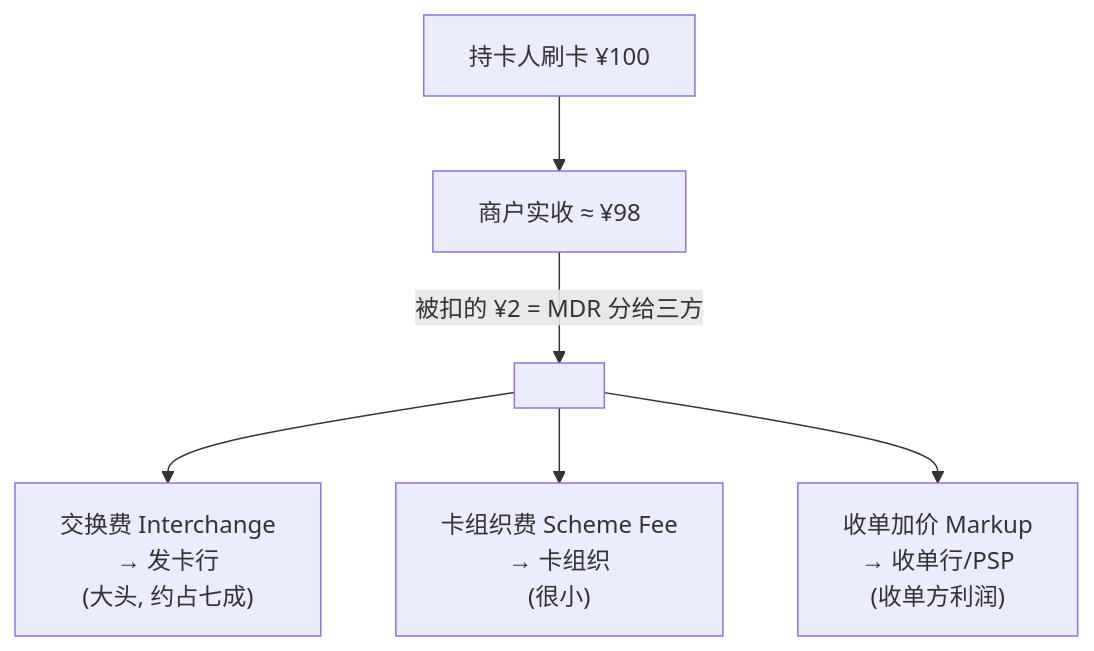
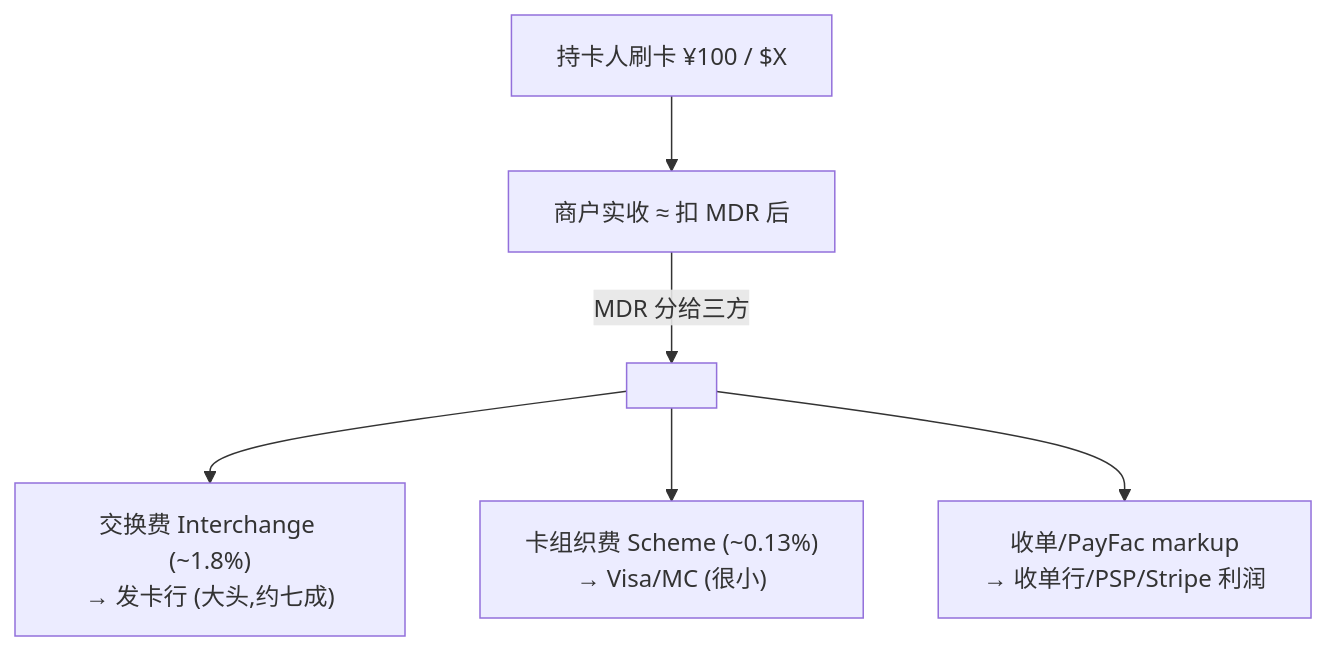
Diagram 11 of 14 in payment/traditional-payment/01-cards-business.md (loong-ju/tech-research), drawn with Mermaid before and after one commit. The commit also changed other lines of this file and 4 other files, not shown here.

````diff
--- a/payment/traditional-payment/01-cards-business.md
+++ b/payment/traditional-payment/01-cards-business.md
@@ -176,8 +321,8 @@
 ```mermaid
 flowchart TB
-    C["持卡人刷卡 ¥100"] --> M["商户实收 ≈ ¥98"]
-    M -->|被扣的 ¥2 = MDR 分给三方| SPLIT[" "]
-    SPLIT --> I["交换费 Interchange<br/>→ 发卡行<br/>(大头, 约占七成)"]
-    SPLIT --> S["卡组织费 Scheme Fee<br/>→ 卡组织<br/>(很小)"]
-    SPLIT --> A["收单加价 Markup<br/>→ 收单行/PSP<br/>(收单方利润)"]
+    C["持卡人刷卡 ¥100 / $X"] --> M["商户实收 ≈ 扣 MDR 后"]
+    M -->|MDR 分给三方| SPLIT[" "]
+    SPLIT --> I["交换费 Interchange (~1.8%)<br/>→ 发卡行 (大头,约七成)"]
+    SPLIT --> S["卡组织费 Scheme (~0.13%)<br/>→ Visa/MC (很小)"]
+    SPLIT --> A["收单/PayFac markup<br/>→ 收单行/PSP/Stripe 利润"]
 ```
````
